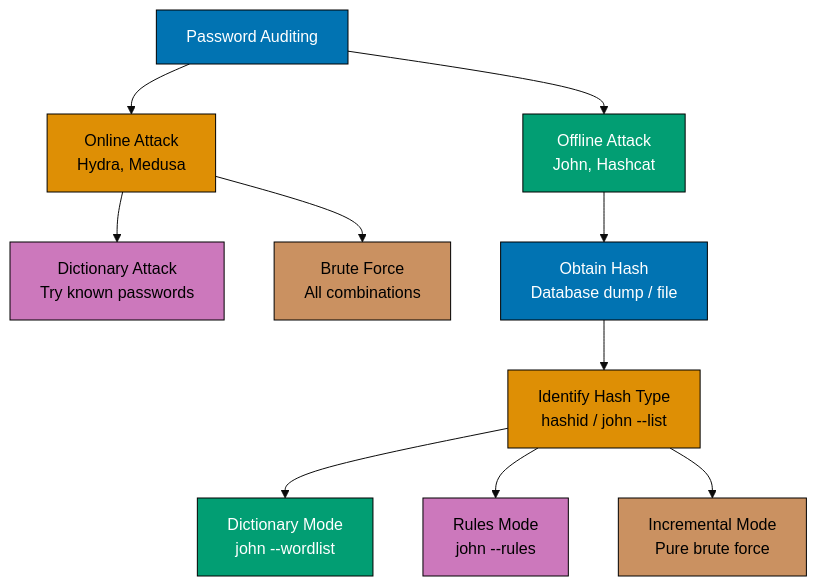
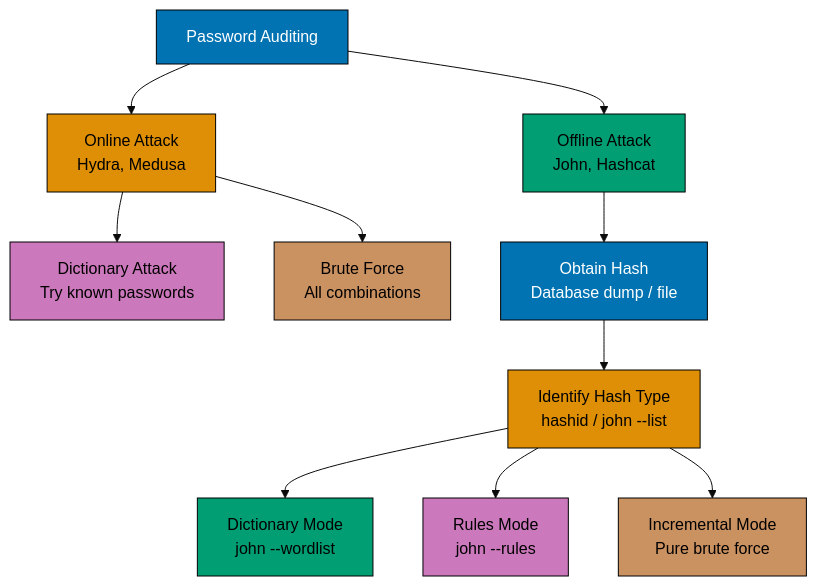
One commit to wahidyankf/ose-public changed the third of 3 diagrams in apps/ayokoding-www/content/en/learn/legacy/information-security/tools/kali-linux/beginner.md. Above: the diagram before and after it, drawn with Mermaid (base theme). The commit also changed other lines of this file and 50 other files, not shown here.

First line of the commit message:
fix(mermaid): bring the docs, governance, plans, and legacy AI diagrams onto the accessible palette

````diff
--- a/apps/ayokoding-www/content/en/learn/legacy/information-security/tools/kali-linux/beginner.md
+++ b/apps/ayokoding-www/content/en/learn/legacy/information-security/tools/kali-linux/beginner.md
@@ -357,26 +373,34 @@
 ```mermaid
 %% Color Palette: Blue #0173B2, Orange #DE8F05, Teal #029E73, Purple #CC78BC, Brown #CA9161
 flowchart TD
-    A[Password Auditing] --> B[Online Attack\nHydra, Medusa]
-    A --> C[Offline Attack\nJohn, Hashcat]
+    accTitle: Password Attack Taxonomy
+    accDescr: Flowchart with 13 nodes and 12 connections. Nodes: Password Auditing, Online Attack Hydra, Medusa, Offline Attack John, Hashcat, Dictionary Attack Try known passwords, Brute Force All combinations, Obtain Hash Database dump / file, G, list, H, wordlist, I, rules, and 1 more. Connections: Password Auditing to Online Attack Hydra, Medusa, Password Auditing to Offline Attack John, Hashcat, Online Attack Hydra, Medusa to Dictionary Attack Try known passwords, Online Attack Hydra, Medusa to Brute Force All combinations, Offline Attack John, Hashcat to Obtain Hash Database dump / file, Obtain Hash Database dump / file to G, G to list, G to H, H to wordlist, G to I, I to rules, G to Incremental Mode Pure brute force.
+    A[Password Auditing] --> B[Online Attack<br/>Hydra, Medusa]
+    A --> C[Offline Attack<br/>John, Hashcat]
 
-    B --> D[Dictionary Attack\nTry known passwords]
-    B --> E[Brute Force\nAll combinations]
+    B --> D[Dictionary Attack<br/>Try known passwords]
+    B --> E[Brute Force<br/>All combinations]
 
-    C --> F[Obtain Hash\nDatabase dump / file]
-    F --> G[Identify Hash Type\nhashid / john --list]
-    G --> H[Dictionary Mode\njohn --wordlist]
-    G --> I[Rules Mode\njohn --rules]
-    G --> J[Incremental Mode\nPure brute force]
+    C --> F[Obtain Hash<br/>Database dump / file]
+    F --> G[Identify Hash Type<br/>hashid / john --list]
+    G --> H[Dictionary Mode<br/>john --wordlist]
+    G --> I[Rules Mode<br/>john --rules]
+    G --> J[Incremental Mode<br/>Pure brute force]
 
-    style A fill:#0173B2,stroke:#000,color:#fff
-    style B fill:#DE8F05,stroke:#000,color:#000
-    style C fill:#029E73,stroke:#000,color:#fff
-    style D fill:#CC78BC,stroke:#000,color:#000
-    style E fill:#CA9161,stroke:#000,color:#000
-    style F fill:#0173B2,stroke:#000,color:#fff
-    style G fill:#DE8F05,stroke:#000,color:#000
-    style H fill:#029E73,stroke:#000,color:#fff
-    style I fill:#CC78BC,stroke:#000,color:#000
-    style J fill:#CA9161,stroke:#000,color:#000
+    classDef pal-0173B2 fill:#0173B2,stroke:#000000,color:#FFFFFF
+    class A pal-0173B2
+    classDef pal-DE8F05 fill:#DE8F05,stroke:#000000,color:#000000
+    class B pal-DE8F05
+    classDef pal-029E73 fill:#029E73,stroke:#000000,color:#000000
+    class C pal-029E73
+    classDef pal-CC78BC fill:#CC78BC,stroke:#000000,color:#000000
+    class D pal-CC78BC
+    classDef pal-CA9161 fill:#CA9161,stroke:#000000,color:#000000
+    class E pal-CA9161
+    class F pal-0173B2
+    class G pal-DE8F05
+    class H pal-029E73
+    class I pal-CC78BC
+    class J pal-CA9161
+    classDef default fill:#FFFFFF,stroke:#000000,color:#000000
 ```
````
